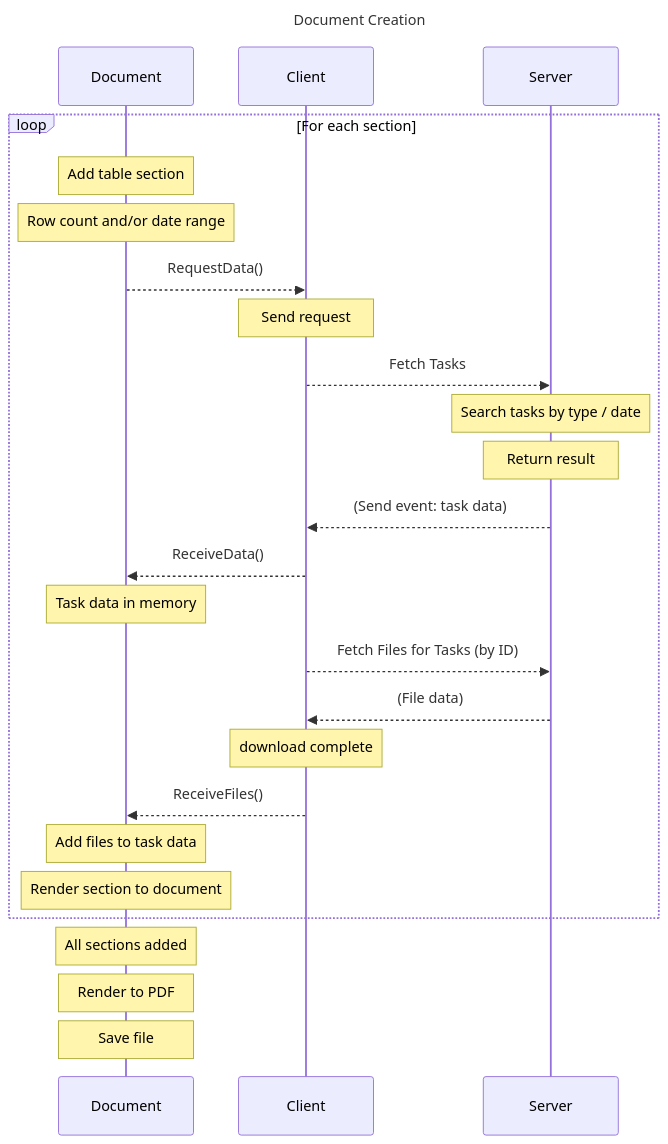
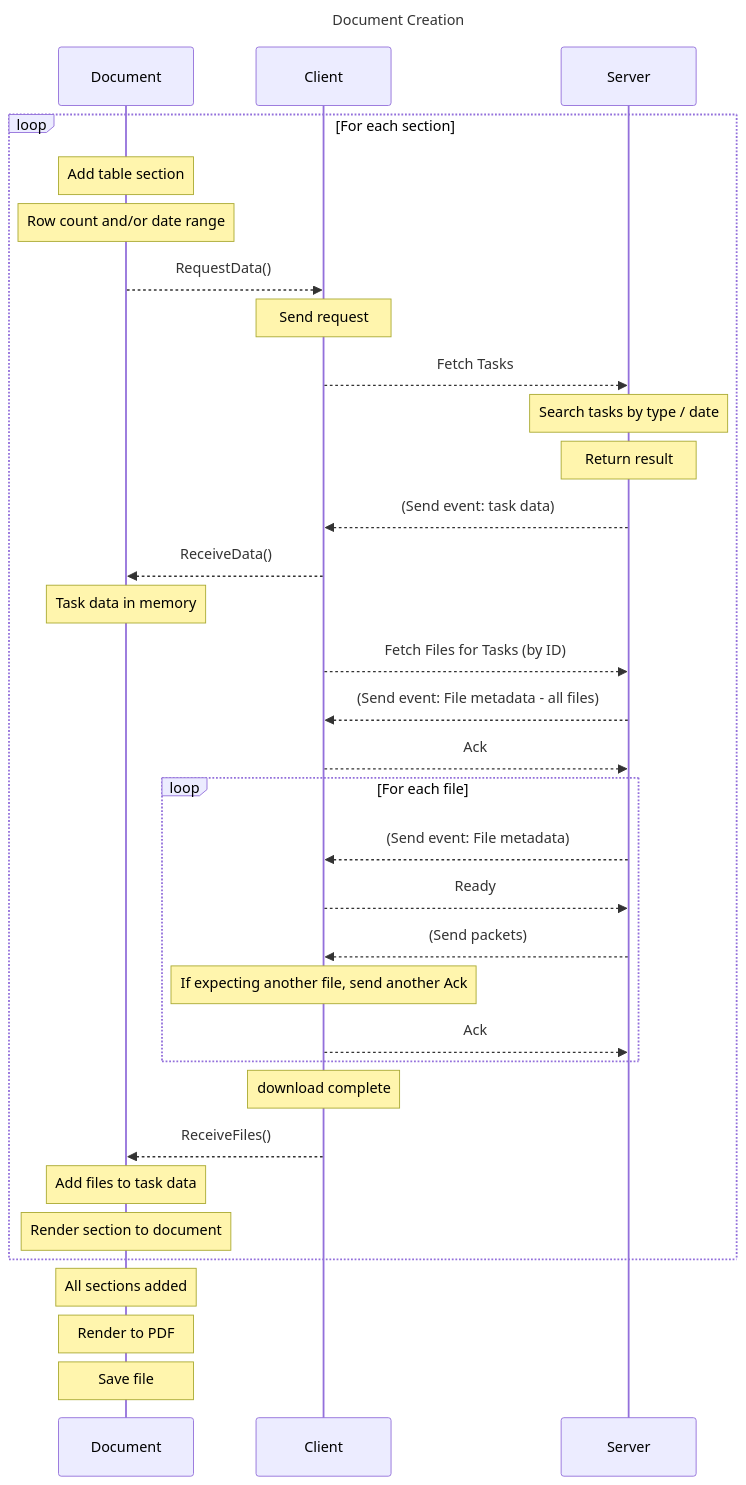
Before and after one commit to StronglogicSolutions/kserver: the diagram in protocol.mmd, drawn with Mermaid.

Commit message:
updated protocol

```diff
--- a/protocol.mmd
+++ b/protocol.mmd
@@ -1,26 +1,34 @@
 sequenceDiagram
 Title: Document Creation
 participant Document
 participant Client
 participant Server
 loop For each section
 note over Document: Add table section
 note over Document: Row count and/or date range
 Document-->>Client: RequestData()
 note over Client: Send request
 Client-->>Server: Fetch Tasks
 note over Server: Search tasks by type / date
 note over Server: Return result
 Server-->>Client: (Send event: task data)
 Client-->>Document: ReceiveData()
 note over Document: Task data in memory
 Client-->>Server: Fetch Files for Tasks (by ID)
-Server-->>Client: (File data)
+Server-->>Client: (Send event: File metadata - all files)
+Client-->>Server: Ack
+loop For each file
+Server-->>Client: (Send event: File metadata)
+Client-->>Server: Ready
+Server-->>Client: (Send packets)
+note over Client: If expecting another file, send another Ack
+Client-->>Server: Ack
+end
 note over Client: download complete
 Client-->>Document: ReceiveFiles();
 note over Document: Add files to task data
 note over Document: Render section to document
 end
 note over Document: All sections added
 note over Document: Render to PDF
 note over Document: Save file
```
